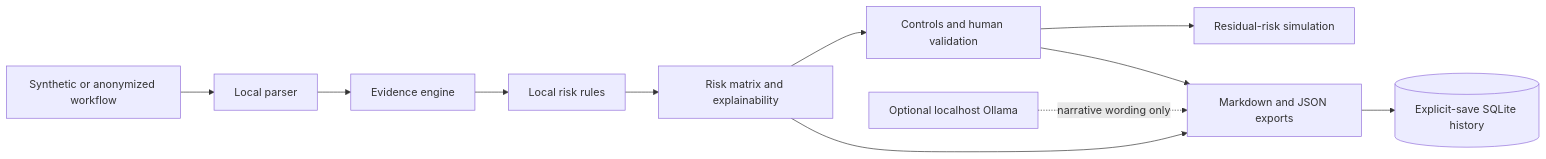
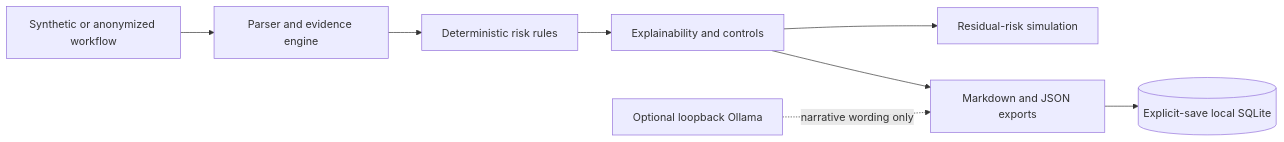
One commit to GhostInTheShell-444/ai-workflow-risk-auditor-pro-public changed the diagram in README.md. Above: the diagram before and after it, drawn with Mermaid. The commit also changed other lines of this file and 20 other files, not shown here.

````diff
--- a/README.md
+++ b/README.md
@@ -104,13 +148,10 @@
 ```mermaid
 flowchart LR
-    A[Synthetic or anonymized workflow] --> B[Local parser]
-    B --> C[Evidence engine]
-    C --> D[Local risk rules]
-    D --> E[Risk matrix and explainability]
-    E --> F[Controls and human validation]
-    F --> G[Residual-risk simulation]
-    E --> H[Markdown and JSON exports]
-    F --> H
-    H --> I[(Explicit-save SQLite history)]
-    J[Optional localhost Ollama] -. narrative wording only .-> H
+    A[Synthetic or anonymized workflow] --> B[Parser and evidence engine]
+    B --> C[Deterministic risk rules]
+    C --> D[Explainability and controls]
+    D --> E[Residual-risk simulation]
+    D --> F[Markdown and JSON exports]
+    F --> G[(Explicit-save local SQLite)]
+    H[Optional loopback Ollama] -. narrative wording only .-> F
 ```
````
